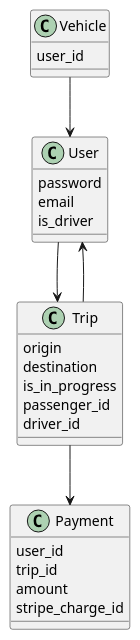
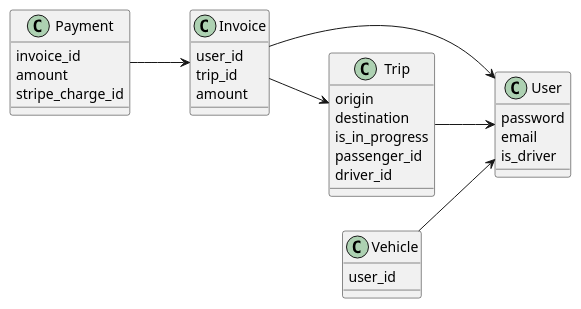
Before and after one commit to andrewhao/dddrail-talk: the diagram in diagrams/1-basic.plantuml, drawn with PlantUML. The commit also changed 8 other files, not shown here.

Commit message:
Adding updated diagrams to sync with code.

```diff
--- a/diagrams/1-basic.plantuml
+++ b/diagrams/1-basic.plantuml
@@ -1,34 +1,41 @@
 @startuml
+left to right direction
 skinparam shadowing false
 
 class User {
   password
   email
   is_driver
 }
 
 class Trip {
   origin
   destination
   is_in_progress
   passenger_id
   driver_id
 }
 
-class Payment {
+class Invoice {
   user_id
   trip_id
+  amount
+}
+
+class Payment {
+  invoice_id
   amount
   stripe_charge_id
 }
 
 class Vehicle {
   user_id
 }
 
-User --> Trip
 Trip --> User
-Trip --> Payment
 Vehicle --> User
+Invoice --> User
+Invoice --> Trip
+Payment --> Invoice
 
 @enduml
```
